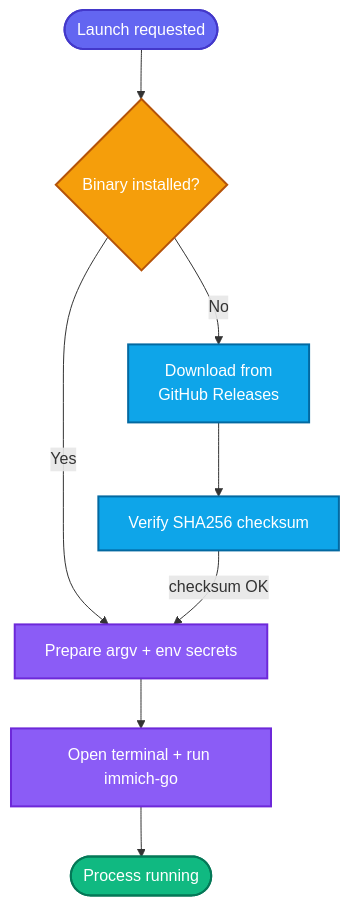
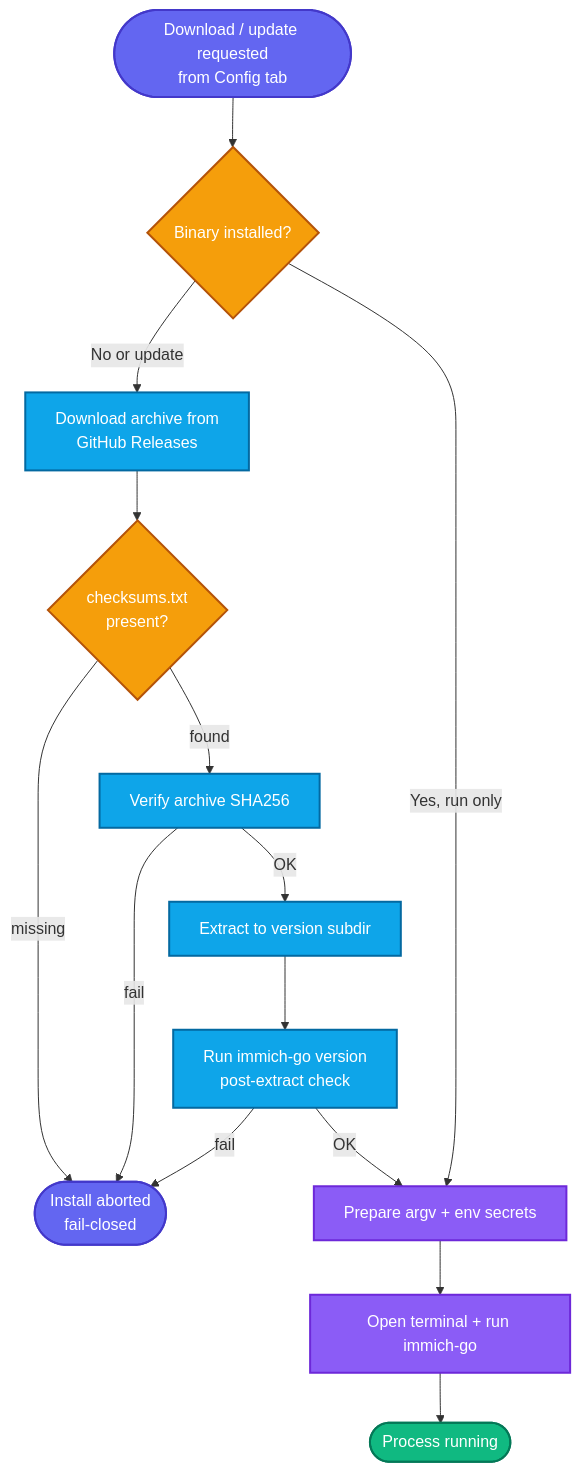
The second of 2 diagrams in docs/user-guide/configuration.md (JESIII/immich-go-gui), drawn with Mermaid before and after one commit. The commit also changed other lines of this file and 8 other files, not shown here.

````diff
--- a/docs/user-guide/configuration.md
+++ b/docs/user-guide/configuration.md
@@ -67,24 +65,33 @@
 ```mermaid
 flowchart TD
     classDef startEnd fill:#6366f1,stroke:#4338ca,color:#fff,stroke-width:2px
     classDef check fill:#f59e0b,stroke:#b45309,color:#fff,stroke-width:2px
     classDef download fill:#0ea5e9,stroke:#0369a1,color:#fff,stroke-width:2px
     classDef run fill:#8b5cf6,stroke:#6d28d9,color:#fff,stroke-width:2px
     classDef done fill:#10b981,stroke:#047857,color:#fff,stroke-width:2px
 
-    Start([Launch requested]):::startEnd
+    Start([Download / update requested<br/>from Config tab]):::startEnd
     Check{"Binary installed?"}:::check
-    Download[Download from<br/>GitHub Releases]:::download
-    Verify[Verify SHA256 checksum]:::download
+    Download[Download archive from<br/>GitHub Releases]:::download
+    Checksums{"checksums.txt<br/>present?"}:::check
+    Verify[Verify archive SHA256]:::download
+    Extract[Extract to version subdir]:::download
+    PostCheck[Run immich-go version<br/>post-extract check]:::download
     Launch[Prepare argv + env secrets]:::run
     Execute[Open terminal + run immich-go]:::run
     Done([Process running]):::done
 
     Start --> Check
-    Check -->|Yes| Launch
-    Check -->|No| Download
-    Download --> Verify
-    Verify -->|checksum OK| Launch
+    Check -->|No or update| Download
+    Check -->|Yes, run only| Launch
+    Download --> Checksums
+    Checksums -->|missing| Abort([Install aborted<br/>fail-closed]):::startEnd
+    Checksums -->|found| Verify
+    Verify -->|fail| Abort
+    Verify -->|OK| Extract
+    Extract --> PostCheck
+    PostCheck -->|fail| Abort
+    PostCheck -->|OK| Launch
     Launch --> Execute
     Execute --> Done
 ```
````
